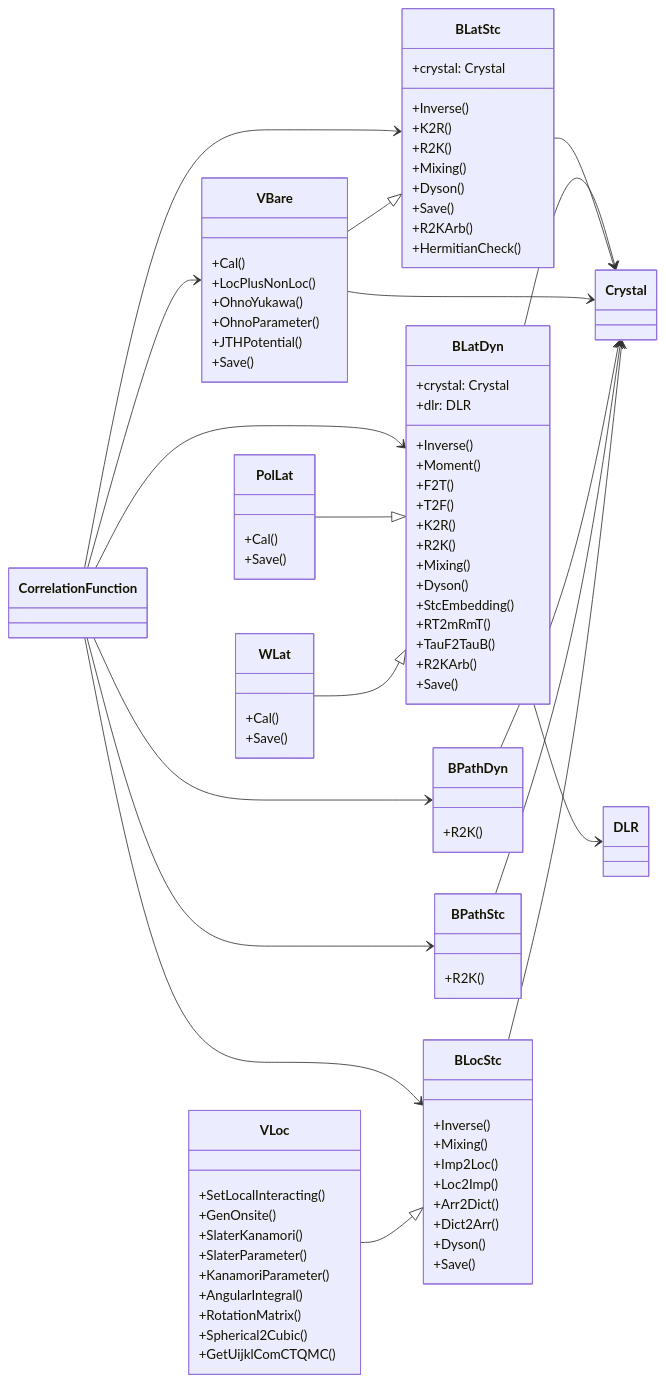
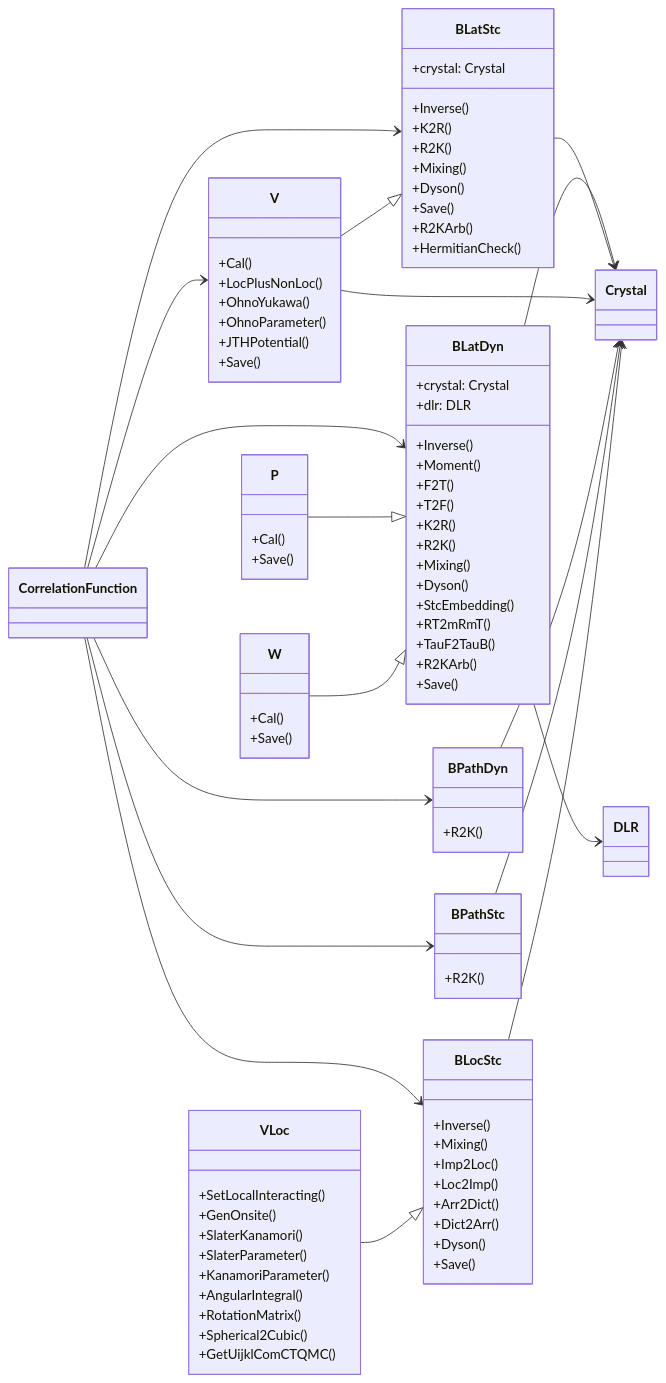
The third of 4 diagrams in docs/SerialClassDiagram.md (QAssemble/qassemble), drawn with Mermaid before and after one commit. The commit also changed other lines of this file and 35 other files, not shown here.

First line of the commit message:
refactor!: align class API and HDF5 schema with manuscript

```diff
--- a/docs/SerialClassDiagram.md
+++ b/docs/SerialClassDiagram.md
@@ -242,7 +242,7 @@
         +R2KArb()
         +HermitianCheck()
     }
-    class VBare {
+    class V {
         +Cal()
         +LocPlusNonLoc()
         +OhnoYukawa()
@@ -250,11 +250,11 @@
         +JTHPotential()
         +Save()
     }
-    class PolLat {
+    class P {
         +Cal()
         +Save()
     }
-    class WLat {
+    class W {
         +Cal()
         +Save()
     }
@@ -291,14 +291,14 @@
     CorrelationFunction --> BPathDyn
     CorrelationFunction --> BPathStc
     CorrelationFunction --> BLocStc
-    CorrelationFunction --> VBare
+    CorrelationFunction --> V
     BLatDyn --> Crystal
     BLatDyn --> DLR
-    PolLat --|> BLatDyn
-    WLat --|> BLatDyn
+    P --|> BLatDyn
+    W --|> BLatDyn
     BLatStc --> Crystal
-    VBare --|> BLatStc
-    VBare --> Crystal
+    V --|> BLatStc
+    V --> Crystal
     BPathDyn --> Crystal
     BPathStc --> Crystal
     BLocStc --> Crystal
```
